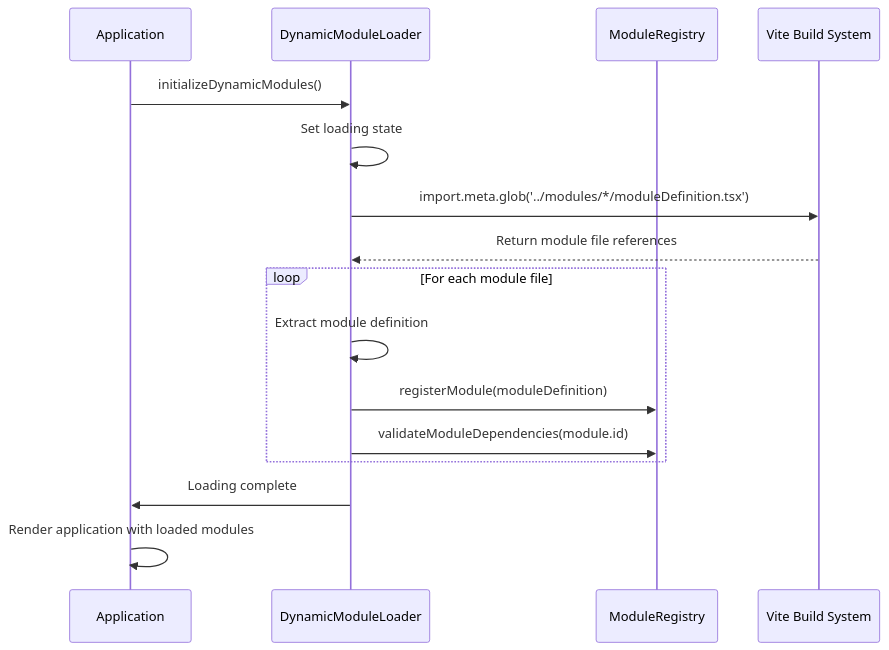
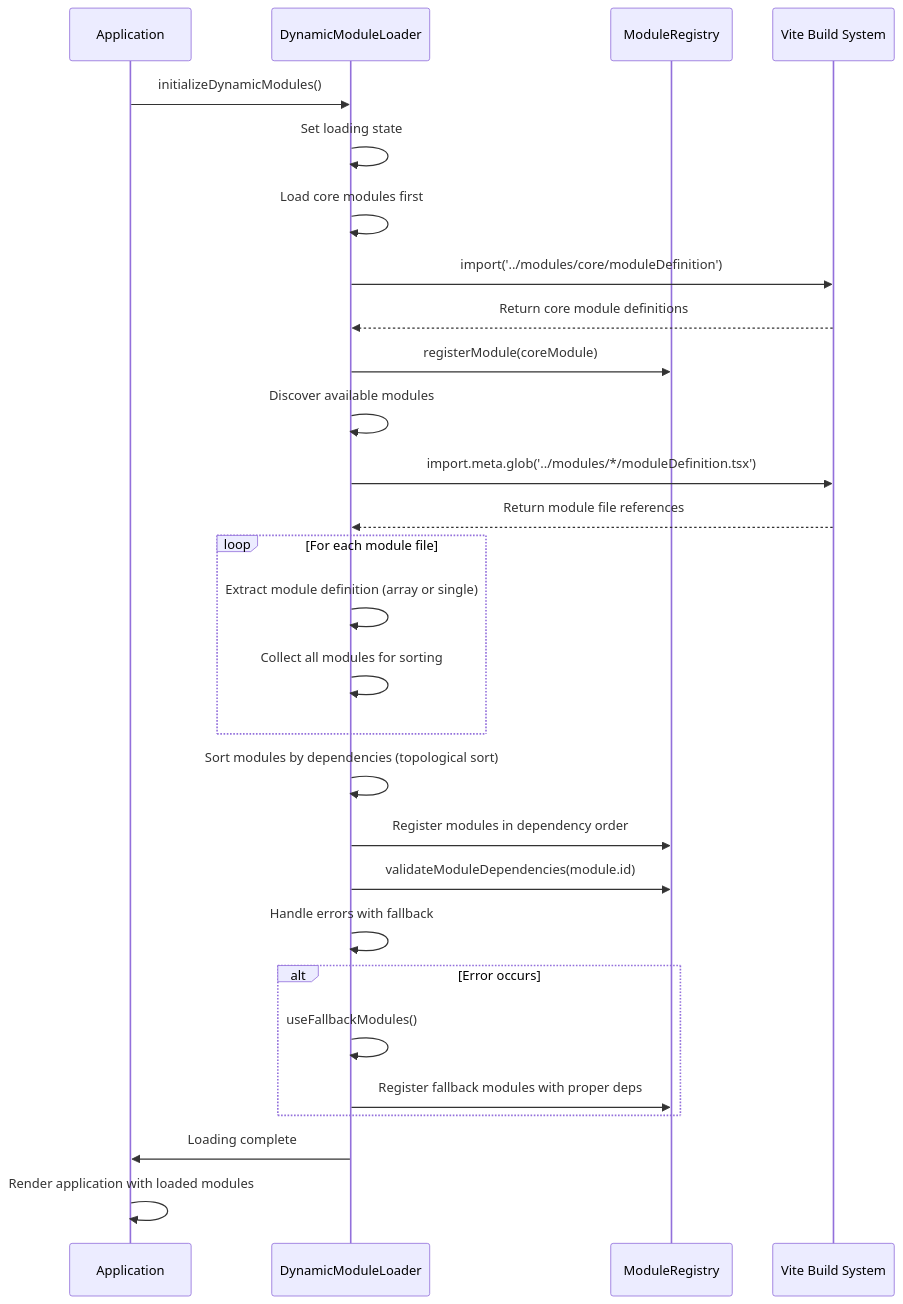
Before and after one commit to geniusdynamics/schoolpilot: the second of 8 diagrams in .qoder/repowiki/en/content/Architecture Overview/Modular Architecture/Module System Overview/Dynamic Module Loading.md, drawn with Mermaid. The commit also changed other lines of this file and 760 other files, not shown here.

````diff
--- a/.qoder/repowiki/en/content/Architecture Overview/Modular Architecture/Module System Overview/Dynamic Module Loading.md
+++ b/.qoder/repowiki/en/content/Architecture Overview/Modular Architecture/Module System Overview/Dynamic Module Loading.md
@@ -72,18 +96,30 @@
 ```mermaid
 sequenceDiagram
 participant App as Application
 participant Loader as DynamicModuleLoader
 participant Registry as ModuleRegistry
 participant Vite as Vite Build System
 App->>Loader : initializeDynamicModules()
 Loader->>Loader : Set loading state
+Loader->>Loader : Load core modules first
+Loader->>Vite : import('../modules/core/moduleDefinition')
+Vite-->>Loader : Return core module definitions
+Loader->>Registry : registerModule(coreModule)
+Loader->>Loader : Discover available modules
 Loader->>Vite : import.meta.glob('../modules/*/moduleDefinition.tsx')
 Vite-->>Loader : Return module file references
 loop For each module file
-Loader->>Loader : Extract module definition
-Loader->>Registry : registerModule(moduleDefinition)
+Loader->>Loader : Extract module definition (array or single)
+Loader->>Loader : Collect all modules for sorting
+end
+Loader->>Loader : Sort modules by dependencies (topological sort)
+Loader->>Registry : Register modules in dependency order
 Loader->>Registry : validateModuleDependencies(module.id)
+Loader->>Loader : Handle errors with fallback
+alt Error occurs
+Loader->>Loader : useFallbackModules()
+Loader->>Registry : Register fallback modules with proper deps
 end
 Loader->>App : Loading complete
 App->>App : Render application with loaded modules
 ```
````
